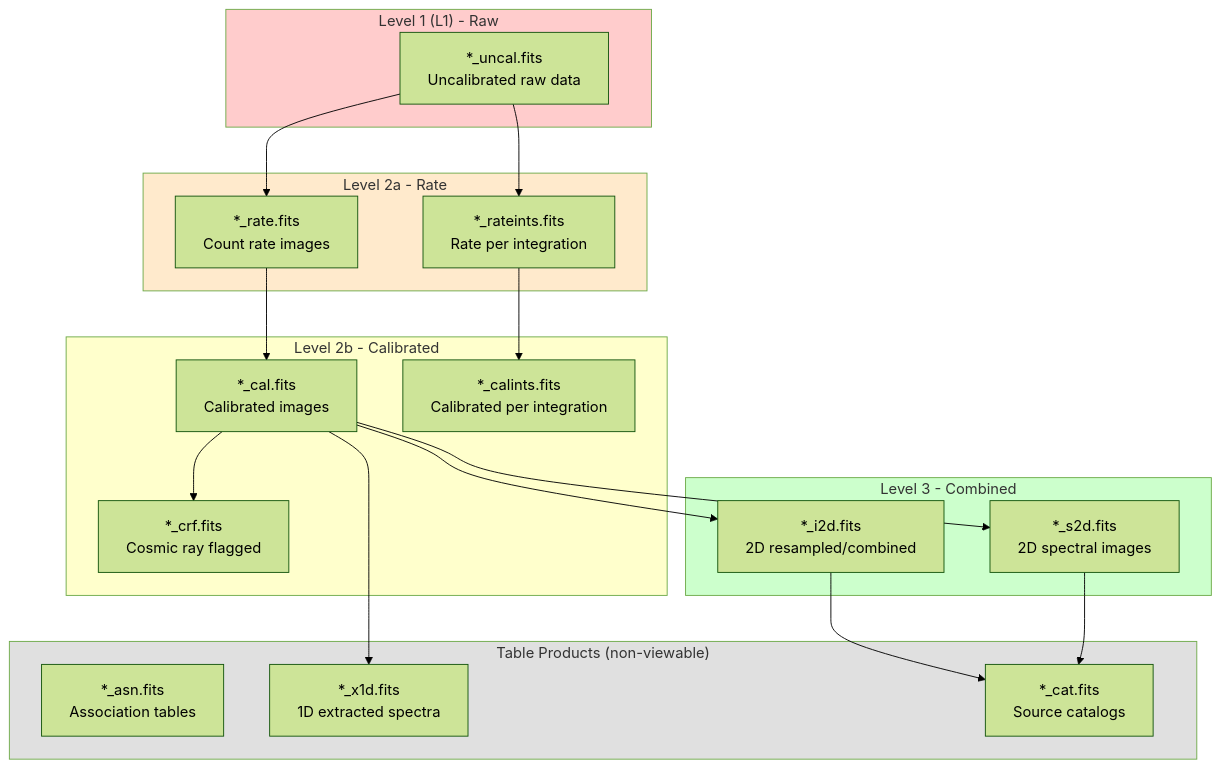
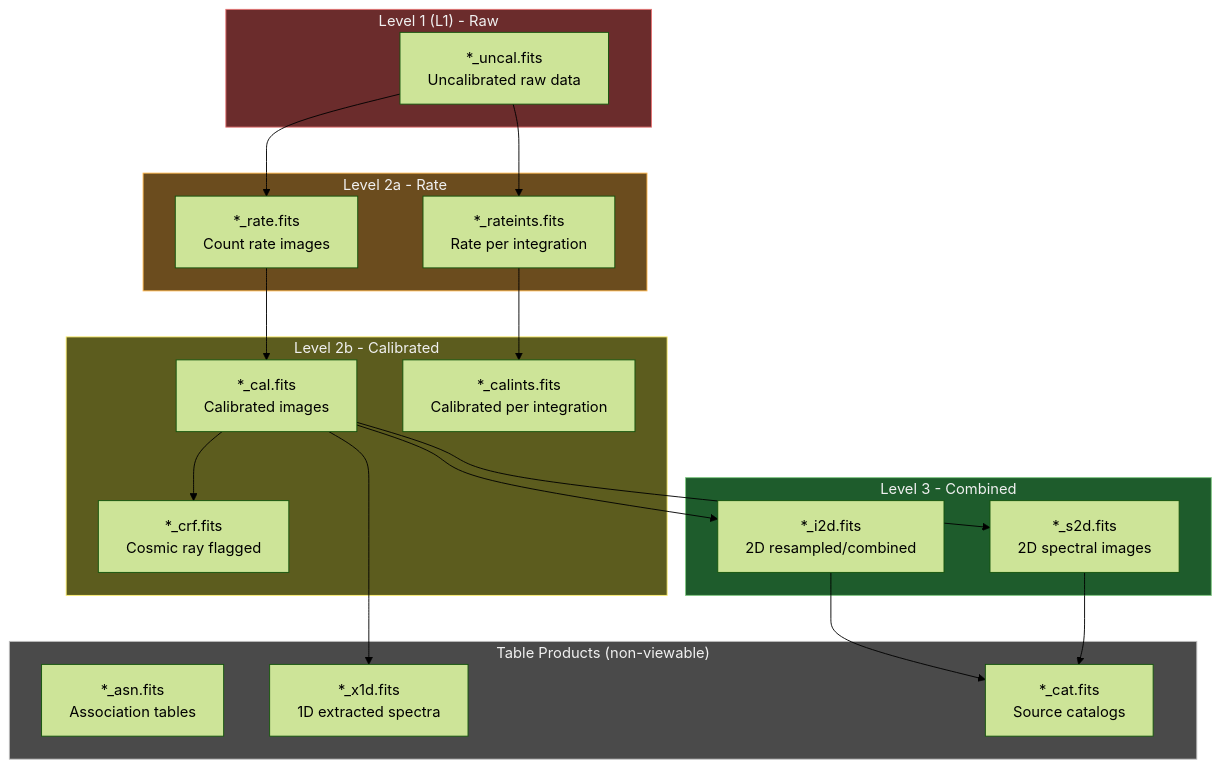
The fourth of 11 diagrams in docs/architecture.md (Snoww3d/jwst-data-analysis), drawn with Mermaid (forest theme) before and after one commit.

Commit message:
fix: use dark-theme-friendly colors for Data Lineage diagram (#401)
Pastel fills (#ffcccc etc.) were invisible on Material's slate dark
theme. Replaced with saturated dark fills, light text, and colored
strokes for readability.

````diff
--- a/docs/architecture.md
+++ b/docs/architecture.md
@@ -179,45 +179,45 @@
 ```mermaid
 flowchart TB
     subgraph L1["Level 1 (L1) - Raw"]
         uncal["*_uncal.fits\nUncalibrated raw data"]
     end
 
     subgraph L2a["Level 2a - Rate"]
         rate["*_rate.fits\nCount rate images"]
         rateints["*_rateints.fits\nRate per integration"]
     end
 
     subgraph L2b["Level 2b - Calibrated"]
         cal["*_cal.fits\nCalibrated images"]
         calints["*_calints.fits\nCalibrated per integration"]
         crf["*_crf.fits\nCosmic ray flagged"]
     end
 
     subgraph L3["Level 3 - Combined"]
         i2d["*_i2d.fits\n2D resampled/combined"]
         s2d["*_s2d.fits\n2D spectral images"]
     end
 
     subgraph Tables["Table Products (non-viewable)"]
         asn["*_asn.fits\nAssociation tables"]
         x1d["*_x1d.fits\n1D extracted spectra"]
         cat["*_cat.fits\nSource catalogs"]
     end
 
     uncal --> rate
     uncal --> rateints
     rate --> cal
     rateints --> calints
     cal --> crf
     cal --> i2d
     cal --> s2d
     cal --> x1d
     i2d --> cat
     s2d --> cat
 
-    style L1 fill:#ffcccc
-    style L2a fill:#ffeacc
-    style L2b fill:#ffffcc
-    style L3 fill:#ccffcc
-    style Tables fill:#e0e0e0
+    style L1 fill:#6b2c2c,color:#f0f0f0,stroke:#e57373
+    style L2a fill:#6b4c1e,color:#f0f0f0,stroke:#ffb74d
+    style L2b fill:#5c5c1e,color:#f0f0f0,stroke:#fff176
+    style L3 fill:#1e5c2c,color:#f0f0f0,stroke:#81c784
+    style Tables fill:#4a4a4a,color:#f0f0f0,stroke:#bdbdbd
 ```
````
